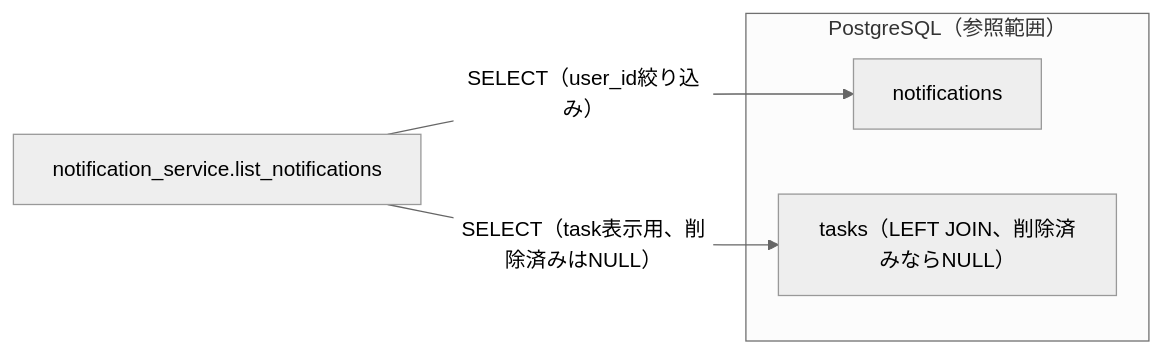
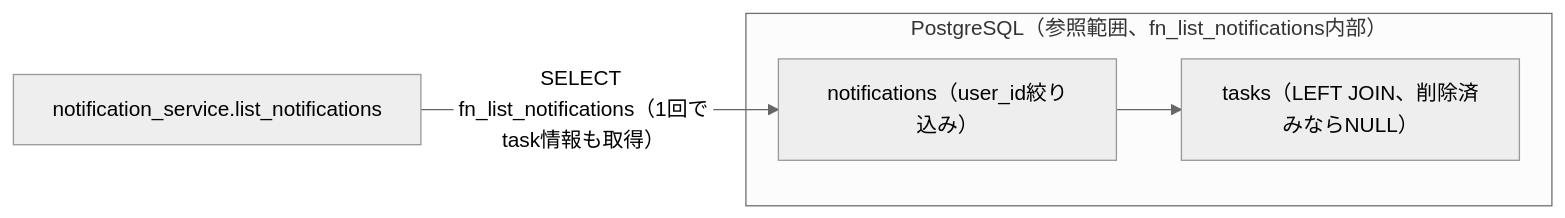
Before and after one commit to oikawa-d/task_management: the fourth of 4 diagrams in detailed_design/api/notifications/01_get_notifications.md, drawn with Mermaid (neutral theme). The commit also changed other lines of this file and 5 other files, not shown here.

````diff
--- a/detailed_design/api/notifications/01_get_notifications.md
+++ b/detailed_design/api/notifications/01_get_notifications.md
@@ -220,9 +214,9 @@
 ```mermaid
 flowchart LR
-    subgraph PG["PostgreSQL（参照範囲）"]
-        T1["notifications"]
+    subgraph PG["PostgreSQL（参照範囲、fn_list_notifications内部）"]
+        T1["notifications（user_id絞り込み）"]
         T2["tasks（LEFT JOIN、削除済みならNULL）"]
     end
-    S["notification_service.list_notifications"] -->|"SELECT（user_id絞り込み）"| T1
-    S -->|"SELECT（task表示用、削除済みはNULL）"| T2
+    S["notification_service.list_notifications"] -->|"SELECT fn_list_notifications（1回でtask情報も取得）"| T1
+    T1 --> T2
 ```
````
